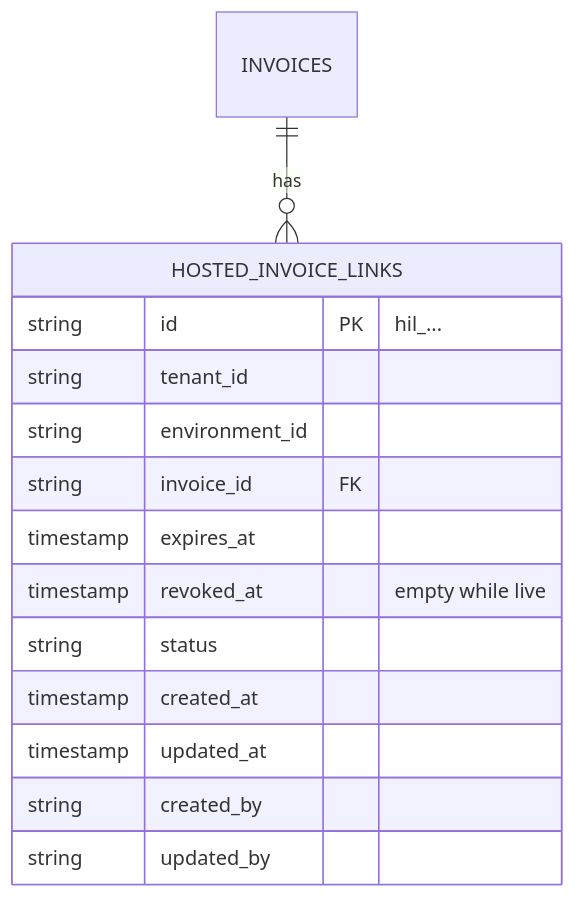
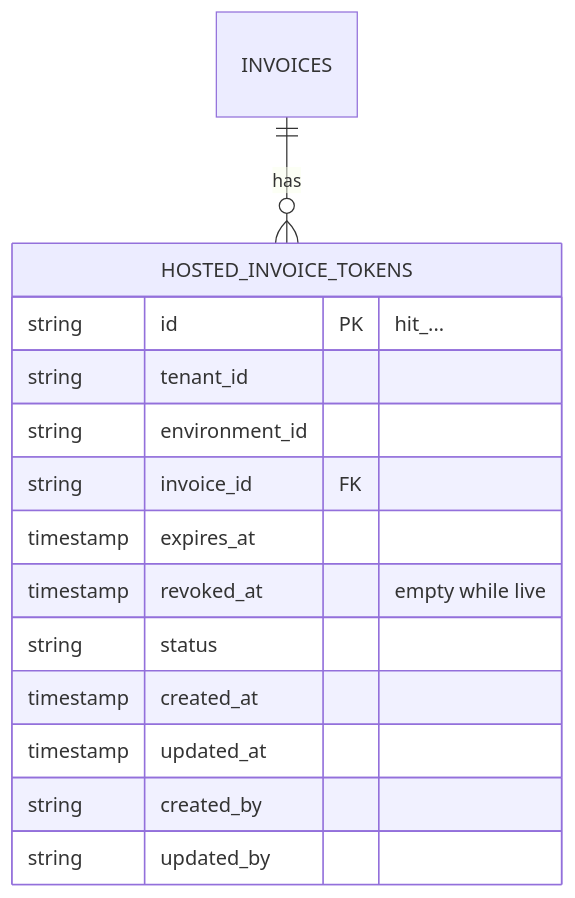
The third of 4 diagrams in docs/design/2026-10-14-hosted-invoice-erd.md (flexprice/flexprice), drawn with Mermaid before and after one commit. The commit also changed other lines of this file, not shown here.

Commit message:
docs: rename hosted invoice link table to hosted_invoice_tokens

````diff
--- a/docs/design/2026-10-14-hosted-invoice-erd.md
+++ b/docs/design/2026-10-14-hosted-invoice-erd.md
@@ -257,17 +257,17 @@
 ```mermaid
 erDiagram
-  INVOICES ||--o{ HOSTED_INVOICE_LINKS : "has"
-  HOSTED_INVOICE_LINKS {
-    string id PK "hil_..."
+  INVOICES ||--o{ HOSTED_INVOICE_TOKENS : "has"
+  HOSTED_INVOICE_TOKENS {
+    string id PK "hit_..."
     string tenant_id
     string environment_id
     string invoice_id FK
     timestamp expires_at
     timestamp revoked_at "empty while live"
     string status
     timestamp created_at
     timestamp updated_at
     string created_by
     string updated_by
   }
 ```
````
